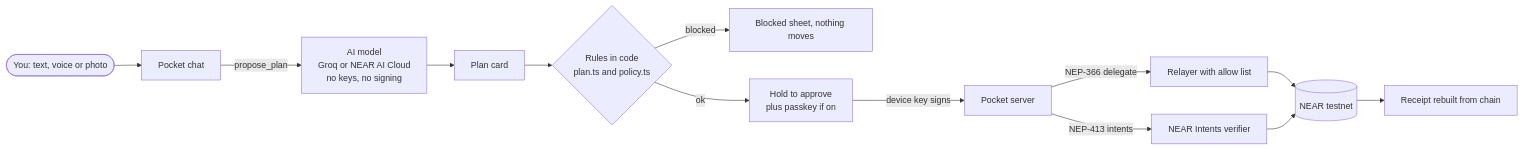
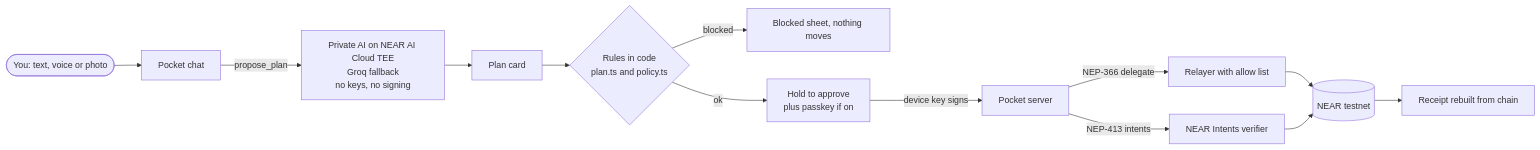
Before and after one commit to henrysammarfo/pocket: the first of 3 diagrams in README.md, drawn with Mermaid. The commit also changed other lines of this file and 16 other files, not shown here.

Commit message:
Private AI on NEAR AI Cloud (TEE) with Groq fallback, daily spend cap and usage logs

````diff
--- a/README.md
+++ b/README.md
@@ -17,15 +17,15 @@
 ```mermaid
 flowchart LR
   U([You: text, voice or photo]) --> C[Pocket chat]
-  C -->|propose_plan| AI[AI model<br/>Groq or NEAR AI Cloud<br/>no keys, no signing]
+  C -->|propose_plan| AI[Private AI on NEAR AI Cloud TEE<br/>Groq fallback<br/>no keys, no signing]
   AI --> P[Plan card]
   P --> R{Rules in code<br/>plan.ts and policy.ts}
   R -->|blocked| B[Blocked sheet, nothing moves]
   R -->|ok| H[Hold to approve<br/>plus passkey if on]
   H -->|device key signs| S[Pocket server]
   S -->|NEP-366 delegate| RL[Relayer with allow list]
   S -->|NEP-413 intents| V[NEAR Intents verifier]
   RL --> N[(NEAR testnet)]
   V --> N
   N --> RC[Receipt rebuilt from chain]
 ```
````
